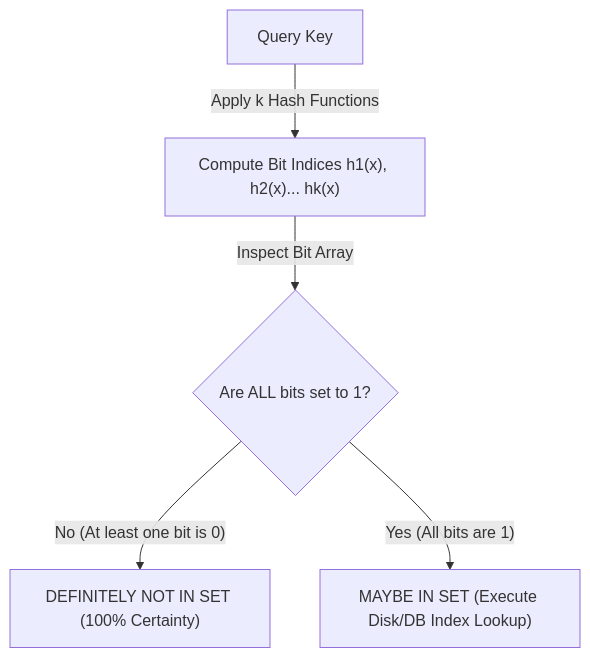
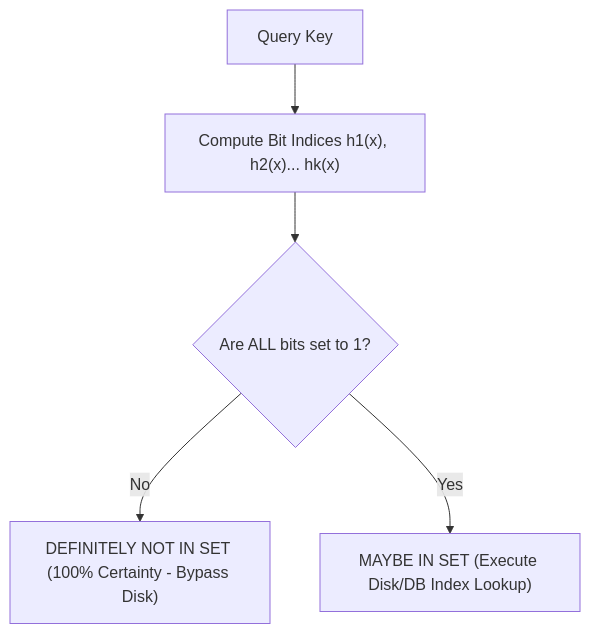
One commit to AndreaPallotta/subroutine changed the diagram in src/content/articles/bloom-filters-probabilistic-indexing.mdx. Above: the diagram before and after it, drawn with Mermaid. The commit also changed other lines of this file and 1 other file, not shown here.

````diff
--- a/src/content/articles/bloom-filters-probabilistic-indexing.mdx
+++ b/src/content/articles/bloom-filters-probabilistic-indexing.mdx
@@ -44,7 +45,7 @@
 ```mermaid
 graph TD
-    KEY[Query Key] -- Apply k Hash Functions --> HASHES["Compute Bit Indices h1(x), h2(x)... hk(x)"]
-    HASHES -- Inspect Bit Array --> COND{Are ALL bits set to 1?}
-    COND -- No (At least one bit is 0) --> NO["DEFINITELY NOT IN SET (100% Certainty)"]
-    COND -- Yes (All bits are 1) --> MAYBE["MAYBE IN SET (Execute Disk/DB Index Lookup)"]
+    KEY["Query Key"] --> HASHES["Compute Bit Indices h1(x), h2(x)... hk(x)"]
+    HASHES --> COND{"Are ALL bits set to 1?"}
+    COND -->|No| NO["DEFINITELY NOT IN SET (100% Certainty - Bypass Disk)"]
+    COND -->|Yes| MAYBE["MAYBE IN SET (Execute Disk/DB Index Lookup)"]
 ```
````
